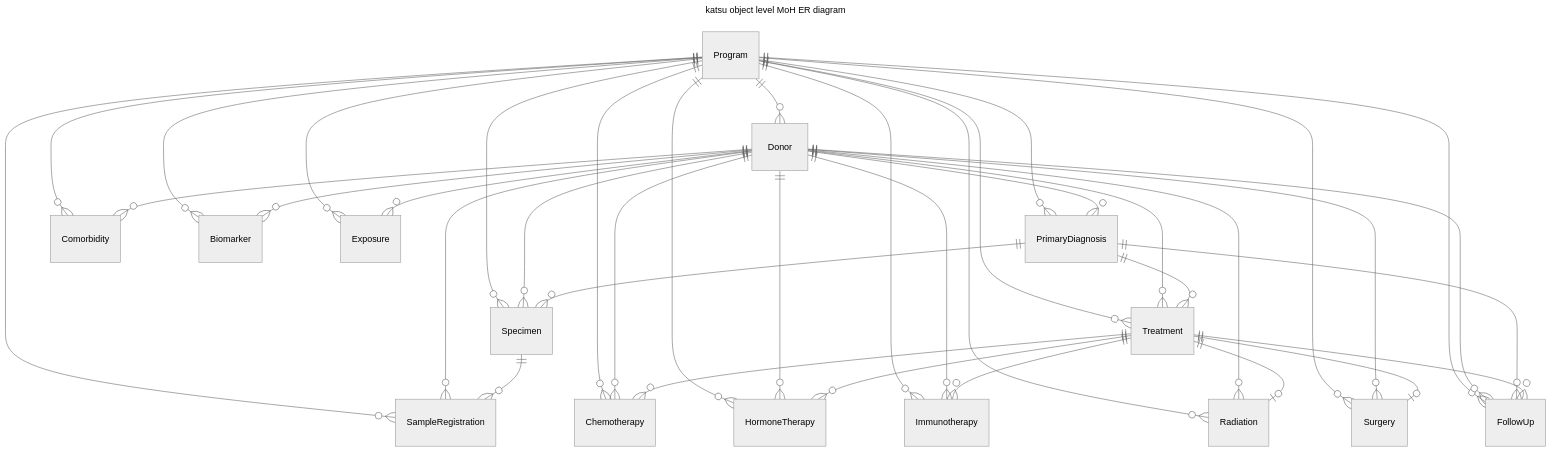
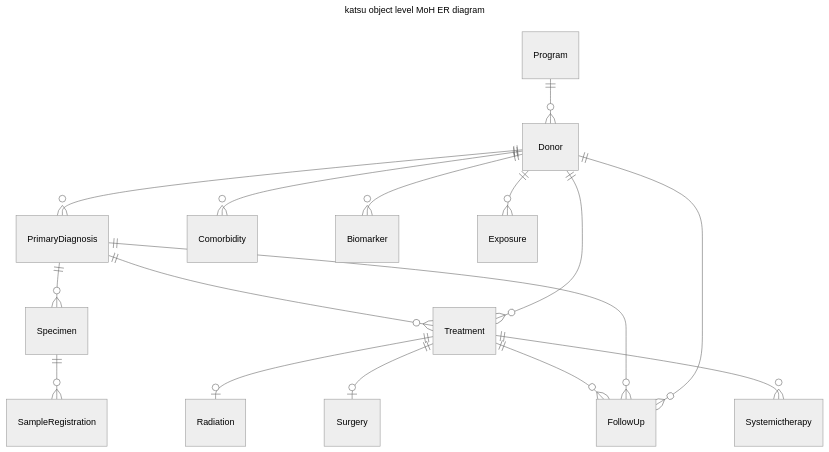
The first of 3 diagrams in README.md (CanDIG/katsu), drawn with Mermaid (neutral theme) before and after one commit. The commit also changed other lines of this file, not shown here.

Commit message:
simplify the relationship diagram

````diff
--- a/README.md
+++ b/README.md
@@ -197,45 +198,23 @@
 ```mermaid
 ---
 title: katsu object level MoH ER diagram
 ---
 erDiagram
 
 Program ||--o{ Donor : ""
-Program ||--o{ PrimaryDiagnosis : ""
-Program ||--o{ Comorbidity : ""
-Program ||--o{ Biomarker : ""
-Program ||--o{ Exposure : ""
-Program ||--o{ FollowUp : ""
-Program ||--o{ Specimen : ""
-Program ||--o{ Treatment : ""
-Program ||--o{ SampleRegistration : ""
-Program ||--o{ Chemotherapy : ""
-Program ||--o{ HormoneTherapy : ""
-Program ||--o{ Immunotherapy : ""
-Program ||--o{ Radiation : ""
-Program ||--o{ Surgery : ""
 Donor ||--o{ PrimaryDiagnosis : ""
 Donor ||--o{ Comorbidity : ""
 Donor ||--o{ Biomarker : "" 
 Donor ||--o{ Exposure : "" 
 Donor ||--o{ FollowUp : "" 
-Donor ||--o{ Specimen : "" 
 Donor ||--o{ Treatment : "" 
-Donor ||--o{ SampleRegistration : "" 
-Donor ||--o{ Chemotherapy : "" 
-Donor ||--o{ HormoneTherapy : "" 
-Donor ||--o{ Immunotherapy : "" 
-Donor ||--o{ Radiation : "" 
-Donor ||--o{ Surgery : "" 
 PrimaryDiagnosis ||--o{ Specimen : "" 
 PrimaryDiagnosis ||--o{ Treatment : "" 
 PrimaryDiagnosis ||--o{ FollowUp : "" 
 Specimen ||--o{ SampleRegistration : "" 
-Treatment ||--o{ Chemotherapy : "" 
-Treatment ||--o{ HormoneTherapy : "" 
-Treatment ||--o{ Immunotherapy : "" 
 Treatment ||--o| Radiation : "" 
 Treatment ||--o| Surgery : "" 
+Treatment ||--o{ Systemictherapy : "" 
 Treatment ||--o{ FollowUp : "" 
 
 ```
````
